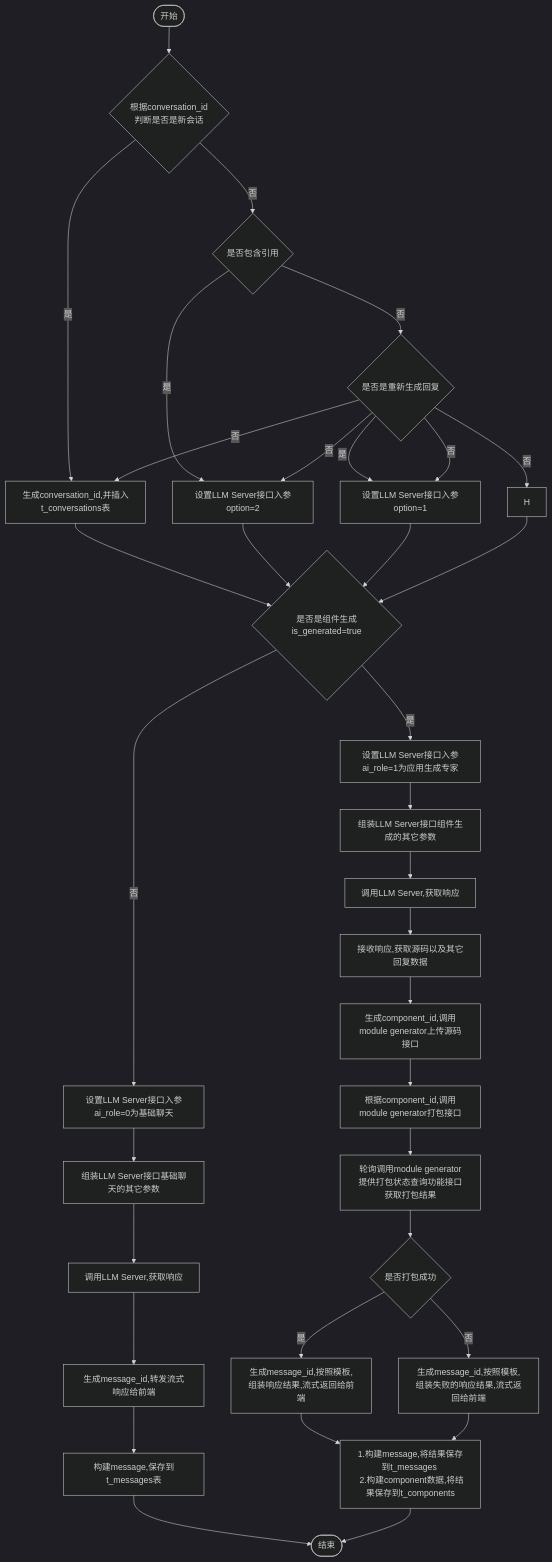
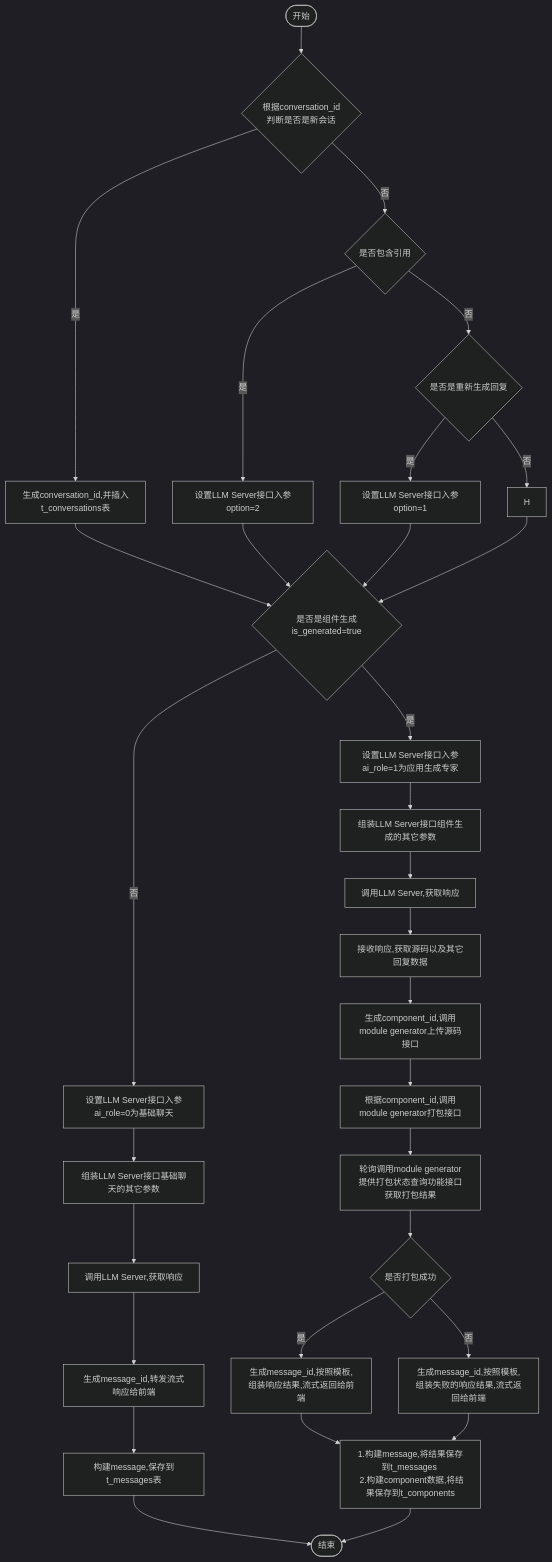
One commit to yingjianzh/iodraw-files changed the diagram in all/w3-会话-不需要传递message.md. Above: the diagram before and after it, drawn with Mermaid (dark theme).

Commit message:
2024-10-14 11:11:20 update

````diff
--- a/all/w3-会话-不需要传递message.md
+++ b/all/w3-会话-不需要传递message.md
@@ -1,35 +1,35 @@
 ```mermaid
 flowchart TD
     A([开始]) --> B{根据conversation_id \n 判断是否是新会话}
     B -- 是 --> C[生成conversation_id,并插入t_conversations表]
     B -- 否 --> D{是否包含引用}
     D -- 是 --> E[设置LLM Server接口入参option=2]
     D -- 否 --> F{是否是重新生成回复}
     F -- 是 --> G[设置LLM Server接口入参option=1]
-    F -- 否 --> 
+    F -- 否 --> H
      
     C & E & G & H --> I{是否是组件生成is_generated=true}
     I -- 是 --> J[设置LLM Server接口入参ai_role=1为应用生成专家]
     I -- 否 --> K[设置LLM Server接口入参ai_role=0为基础聊天]
 
 
     J --> L[组装LLM Server接口组件生成的其它参数]    
     K --> M[组装LLM Server接口基础聊天的其它参数]    
     M --> N[调用LLM Server,获取响应]    
     N --> O[生成message_id,转发流式响应给前端]
     O --> P[构建message,保存到t_messages表]
     P --> R([结束])
 
 
     L --> S[调用LLM Server,获取响应]
     S --> T[接收响应,获取源码以及其它回复数据]
     T --> U[生成component_id,调用module generator上传源码接口]
     U --> V[根据component_id,调用module generator打包接口]
     V --> W[轮询调用module generator提供打包状态查询功能接口获取打包结果]
     W --> X{是否打包成功}
     X -- 是 --> Y[生成message_id,按照模板,组装响应结果,流式返回给前端]
     X -- 否 --> Z[生成message_id,按照模板,组装失败的响应结果,流式返回给前端]
 
     Y & Z --> Result[1.构建message,将结果保存到t_messages \n 2.构建component数据,将结果保存到t_components]
     Result --> R
 ```
````
